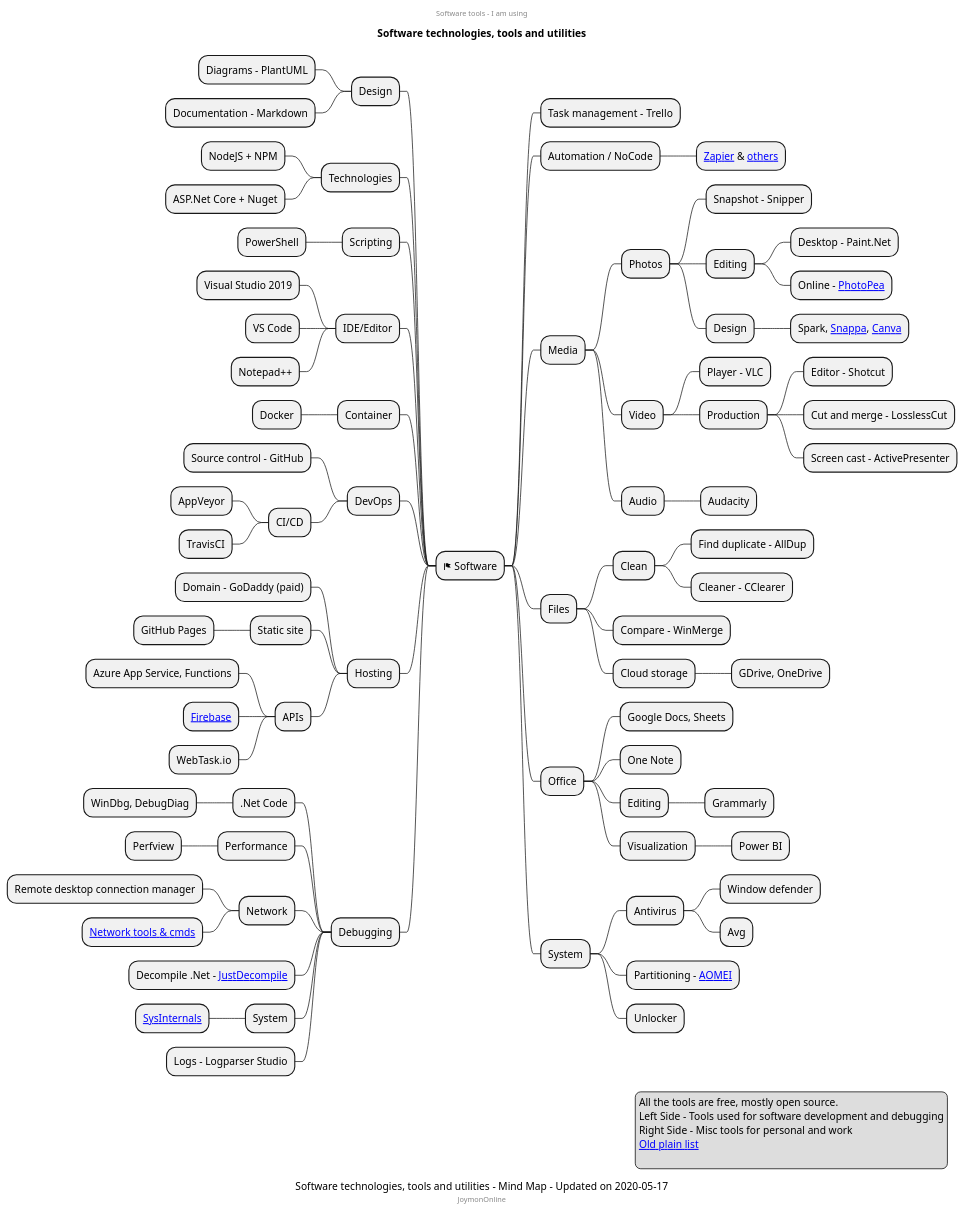
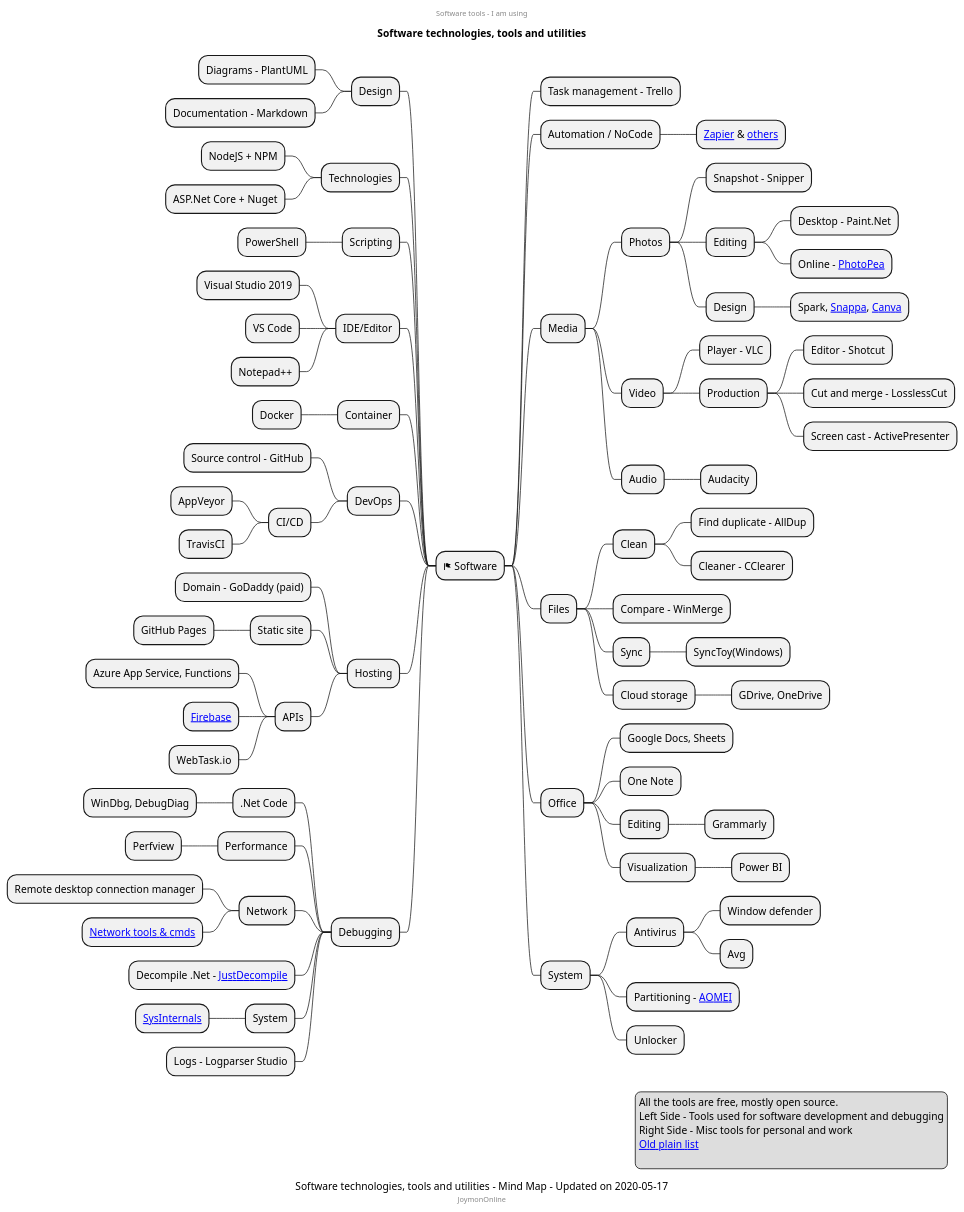
One commit to mind-maps/software changed the diagram in software-tools/tools.puml. Above: the diagram before and after it, drawn with PlantUML.

Commit message:
Added synctoy

```diff
--- a/software-tools/tools.puml
+++ b/software-tools/tools.puml
@@ -1,96 +1,98 @@
 @startmindmap
 center header
 Software tools - I am using
 endheader
 title Software technologies, tools and utilities
 caption Software technologies, tools and utilities - Mind Map - Updated on 2020-05-17
 center footer JoymonOnline
 + <&flag> Software
 ++ Task management - Trello
 ++ Automation / NoCode
 +++ [[https://zapier.com/home Zapier]] & [[https://gist.github.com/joymon/89aeb18bef588895426b46a54e2ba970 others]]
 ++ Media
 +++ Photos
 ++++ Snapshot - Snipper
 ++++ Editing
 +++++ Desktop - Paint.Net
 +++++ Online - [[https://www.photopea.com/ PhotoPea]]
 ++++ Design
 +++++ Spark, [[https://snappa.com/ Snappa]], [[https://www.canva.com/ Canva]]
 +++ Video
 ++++ Player - VLC
 ++++ Production
 +++++ Editor - Shotcut
 +++++ Cut and merge - LosslessCut
 +++++ Screen cast - ActivePresenter
 +++ Audio
 ++++ Audacity
 ++ Files
 +++ Clean
 ++++ Find duplicate - AllDup
 ++++ Cleaner - CClearer
 +++ Compare - WinMerge
++++ Sync
+++++ SyncToy(Windows)
 +++ Cloud storage
 ++++ GDrive, OneDrive
 ++ Office
 +++ Google Docs, Sheets
 +++ One Note
 +++ Editing
 ++++ Grammarly
 +++ Visualization
 ++++ Power BI
 ++ System
 +++ Antivirus
 ++++ Window defender
 ++++ Avg
 +++ Partitioning - [[https://www.diskpart.com/free-partition-manager.html AOMEI]]
 +++ Unlocker
 -- Design
 --- Diagrams - PlantUML
 --- Documentation - Markdown
 -- Technologies
 --- NodeJS + NPM
 --- ASP.Net Core + Nuget
 -- Scripting
 --- PowerShell
 -- IDE/Editor
 --- Visual Studio 2019
 --- VS Code
 --- Notepad++
 -- Container
 --- Docker
 -- DevOps
 --- Source control - GitHub
 --- CI/CD
 ---- AppVeyor
 ---- TravisCI
 -- Hosting
 --- Domain - GoDaddy (paid)
 --- Static site
 ---- GitHub Pages
 --- APIs
 ---- Azure App Service, Functions
 ---- [[https://firebase.google.com/pricing Firebase]]
 ---- WebTask.io
 -- Debugging
 --- .Net Code
 ---- WinDbg, DebugDiag
 --- Performance
 ---- Perfview
 --- Network
 ---- Remote desktop connection manager
 ---- [[http://www.plantuml.com/plantuml/proxy?fmt=svg&cache=no&src=https://raw.githubusercontent.com/mind-maps/software/master/debugging/windows-network-debugging.puml Network tools & cmds]]
 --- Decompile .Net - [[https://www.telerik.com/products/decompiler.aspx JustDecompile]]
 --- System
 ---- [[https://docs.microsoft.com/en-us/sysinternals/ SysInternals]]
 --- Logs - Logparser Studio
 
 legend right
 All the tools are free, mostly open source.
 Left Side - Tools used for software development and debugging
 Right Side - Misc tools for personal and work
 [[https://joymonscode.blogspot.com/2017/05/toolbox-for-open-source-developers.html Old plain list]]
   
 endlegend
 
 @endmindmap
```
